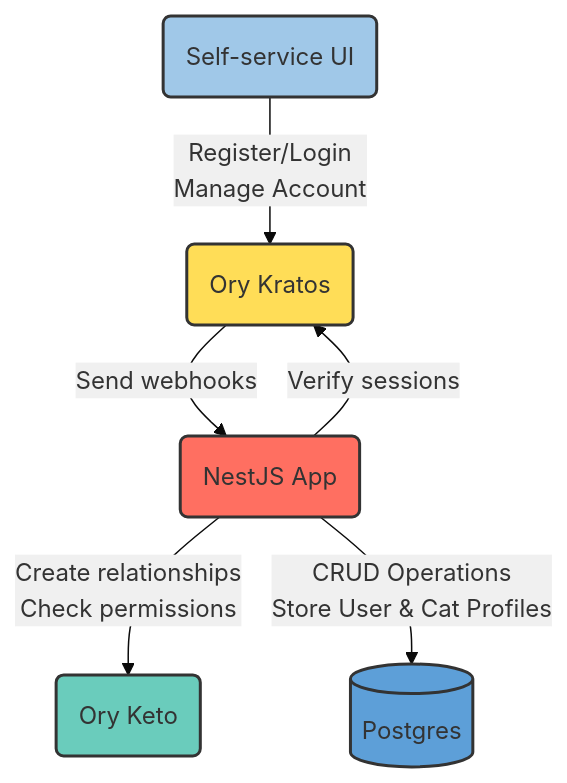
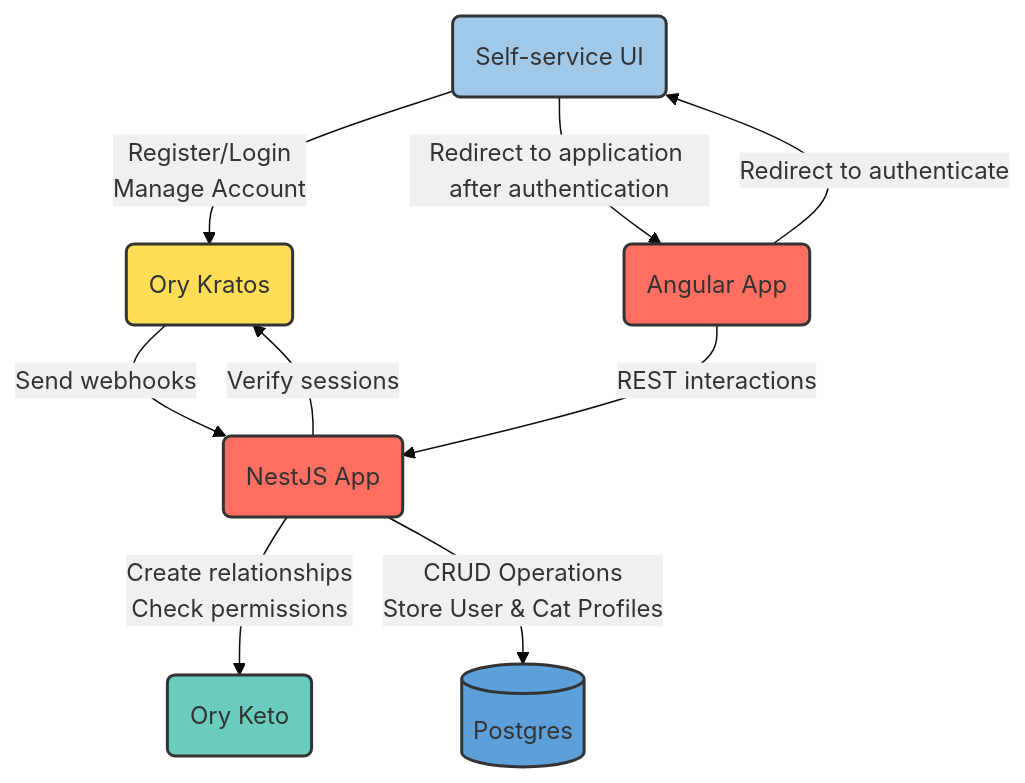
Before and after one commit to getlarge/cat-fostering: the diagram in README.md, drawn with Mermaid. The commit also changed other lines of this file, not shown here.

````diff
--- a/README.md
+++ b/README.md
@@ -44,16 +47,19 @@
 ```mermaid
 %%{init: {'theme': 'base', 'themeVariables': { 'primaryColor': '#5d9fd8', 'textColor': 'black', 'secondaryColor': '#f0f0f0', 'tertiaryColor': '#a0c8e8' }}}%%
 graph TD
     UI(Self-service UI) -->|Register/Login <br>Manage Account| OryKratos(Ory Kratos)
     NestJSApp(NestJS App) -->|Verify sessions| OryKratos
     NestJSApp -->|Create relationships <br> Check permissions| OryKeto(Ory Keto)
     NestJSApp -->|CRUD Operations \n Store User & Cat Profiles| Postgres[(Postgres)]
     OryKratos -->|Send webhooks| NestJSApp
-
+    AngularApp(Angular App) -->|REST interactions| NestJSApp
+    AngularApp(Angular App) -->|Redirect to authenticate| UI
+    UI -->|Redirect to application after authentication| AngularApp
 
     style UI fill:#a0c8e8,stroke:#333,stroke-width:2px
     style OryKratos fill:#ffdd57,stroke:#333,stroke-width:2px
     style OryKeto fill:#6accbc,stroke:#333,stroke-width:2px
     style NestJSApp fill:#ff6f61,stroke:#333,stroke-width:2px
+    style AngularApp fill:#ff6f61,stroke:#333,stroke-width:2px
     style Postgres fill:#5d9fd8,stroke:#333,stroke-width:2px
 ```
````
